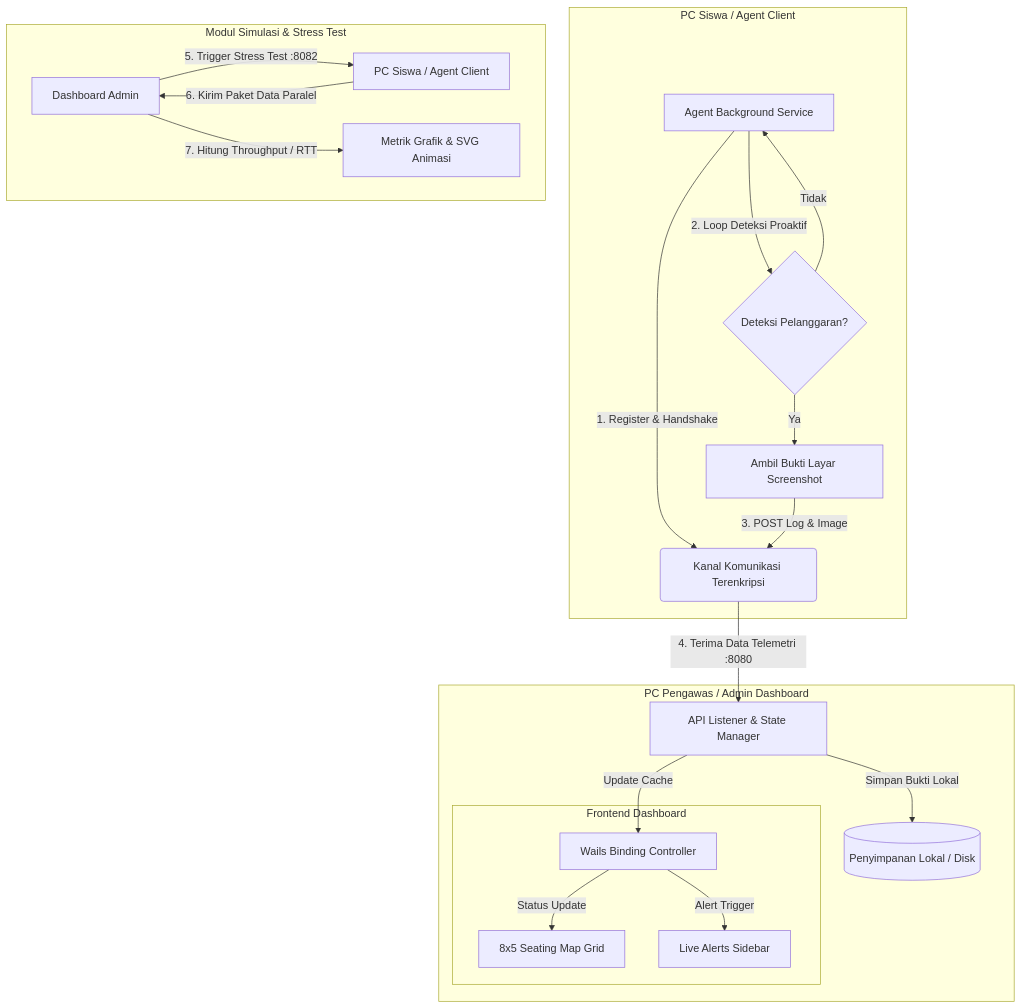
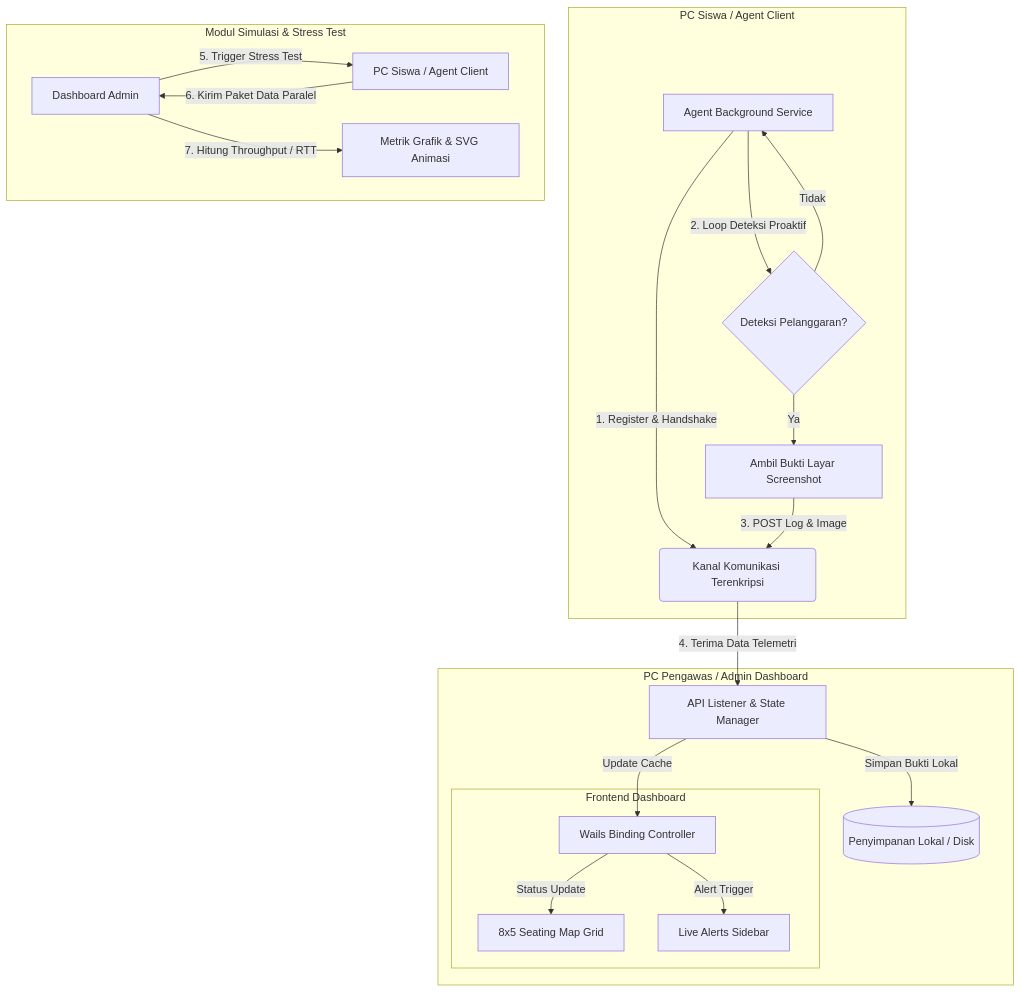
The diagram in README.md (Krow-zy/ReksaFel-Lab-Exam), drawn with Mermaid before and after one commit. The commit also changed other lines of this file and 1 other file, not shown here.

````diff
--- a/README.md
+++ b/README.md
@@ -59,27 +57,27 @@
 ```mermaid
 flowchart TD
     subgraph Klien [PC Siswa / Agent Client]
         A[Agent Background Service] -->|1. Register & Handshake| B(Kanal Komunikasi Terenkripsi)
         A -->|2. Loop Deteksi Proaktif| C{Deteksi Pelanggaran?}
         C -->|Ya| D[Ambil Bukti Layar Screenshot]
         D -->|3. POST Log & Image| B
         C -->|Tidak| A
     end
 
     subgraph Server [PC Pengawas / Admin Dashboard]
-        B -->|4. Terima Data Telemetri :8080| E[API Listener & State Manager]
+        B -->|4. Terima Data Telemetri| E[API Listener & State Manager]
         E -->|Simpan Bukti Lokal| F[(Penyimpanan Lokal / Disk)]
         E -->|Update Cache| G[Wails Binding Controller]
         
         subgraph UI [Frontend Dashboard]
             G -->|Status Update| H[8x5 Seating Map Grid]
             G -->|Alert Trigger| I[Live Alerts Sidebar]
         end
     end
 
     subgraph Stress [Modul Simulasi & Stress Test]
-        K[Dashboard Admin] -->|5. Trigger Stress Test :8082| L[PC Siswa / Agent Client]
+        K[Dashboard Admin] -->|5. Trigger Stress Test| L[PC Siswa / Agent Client]
         L -->|6. Kirim Paket Data Paralel| K
         K -->|7. Hitung Throughput / RTT| M[Metrik Grafik & SVG Animasi]
     end
 ```
````
